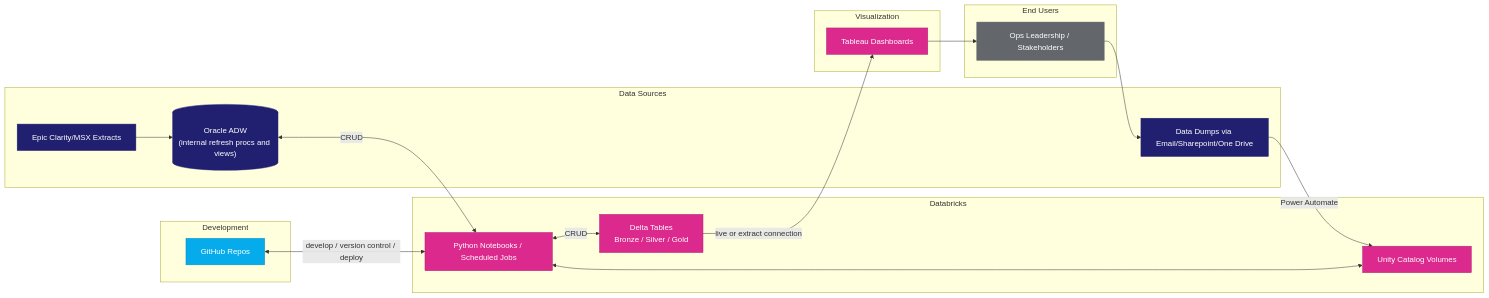
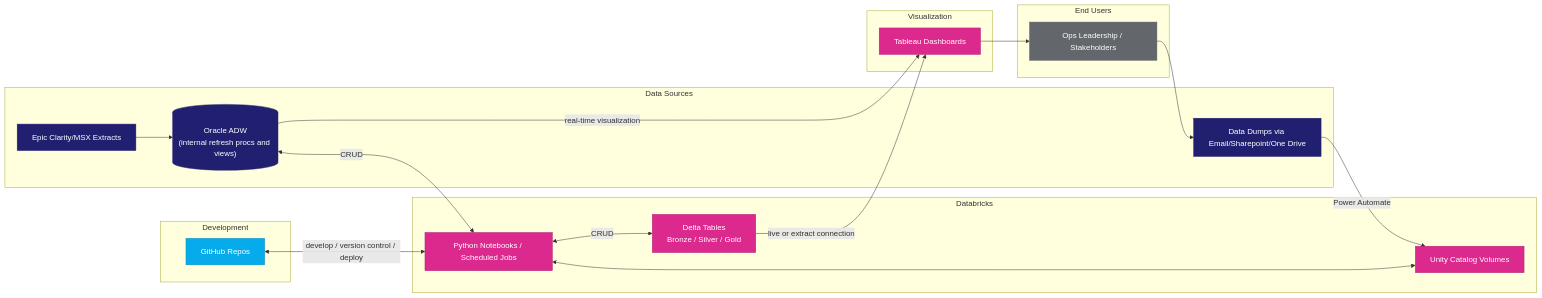
The second of 3 diagrams in Databricks/README.md (MSHS-OAO/Databricks-Tableau-User-Guide), drawn with Mermaid before and after one commit.

````diff
--- a/Databricks/README.md
+++ b/Databricks/README.md
@@ -50,40 +50,41 @@
 ```mermaid
 flowchart LR
     subgraph Sources["Data Sources"]
         EPIC[Epic Clarity/MSX Extracts]
         ORA[("Oracle ADW<br>(internal refresh procs and views)")]
         EMAIL[Data Dumps via Email/Sharepoint/One Drive]
     end
     subgraph DBX["Databricks"]
         VOL[Unity Catalog Volumes]
         JOBS[Python Notebooks / Scheduled Jobs]
         DLT[Delta Tables<br>Bronze / Silver / Gold]
     end
     subgraph DevOps["Development"]
         GH[GitHub Repos]
     end
     subgraph Viz["Visualization"]
         TAB[Tableau Dashboards]
     end
     subgraph Users["End Users"]
         USR[Ops Leadership / Stakeholders]
     end
     EPIC --> ORA
     EMAIL -->|Power Automate| VOL
     ORA <-->|CRUD| JOBS
     VOL <--> JOBS
     JOBS <-->|CRUD| DLT
     GH <-->|develop / version control / deploy| JOBS
     DLT -->|live or extract connection| TAB
     TAB --> USR
     USR --> EMAIL
-  
+    ORA -->|real-time visualization| TAB
+
     classDef navy fill:#212070,stroke:#212070,color:#ffffff
     classDef cyan fill:#06ABEB,stroke:#0689BC,color:#ffffff
     classDef magenta fill:#DC298D,stroke:#B02171,color:#ffffff
     classDef gray fill:#63666A,stroke:#63666A,color:#ffffff
     class EPIC,ORA,EMAIL navy
     class GH cyan
     class VOL,DLT,JOBS,TAB magenta
     class USR,INP gray
 ```
````
